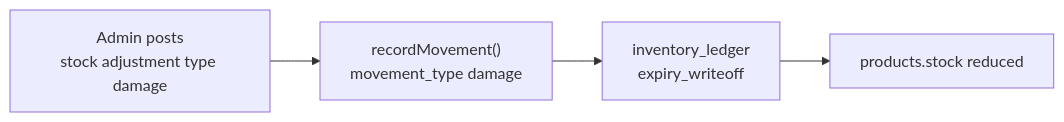
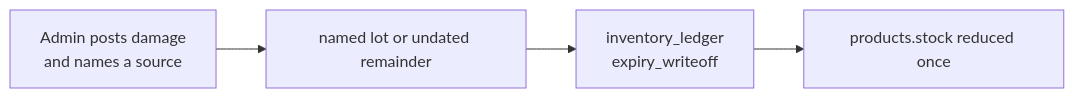
Before and after one commit to yazanAydi/abu_shalbak: the fourth of 5 diagrams in docs/EXPIRATION_PROCESS.md, drawn with Mermaid. The commit also changed other lines of this file and 149 other files, not shown here.

````diff
--- a/docs/EXPIRATION_PROCESS.md
+++ b/docs/EXPIRATION_PROCESS.md
@@ -162,9 +171,9 @@
 ```mermaid
 flowchart LR
-  Admin["Admin posts\nstock adjustment type damage"]
-  Move["recordMovement()\nmovement_type damage"]
+  Admin["Admin posts damage\nand names a source"]
+  Batch["named lot or undated remainder"]
   Ledger["inventory_ledger\nexpiry_writeoff"]
-  Stock["products.stock reduced"]
+  Stock["products.stock reduced once"]
 
-  Admin --> Move --> Ledger --> Stock
+  Admin --> Batch --> Ledger --> Stock
 ```
````
